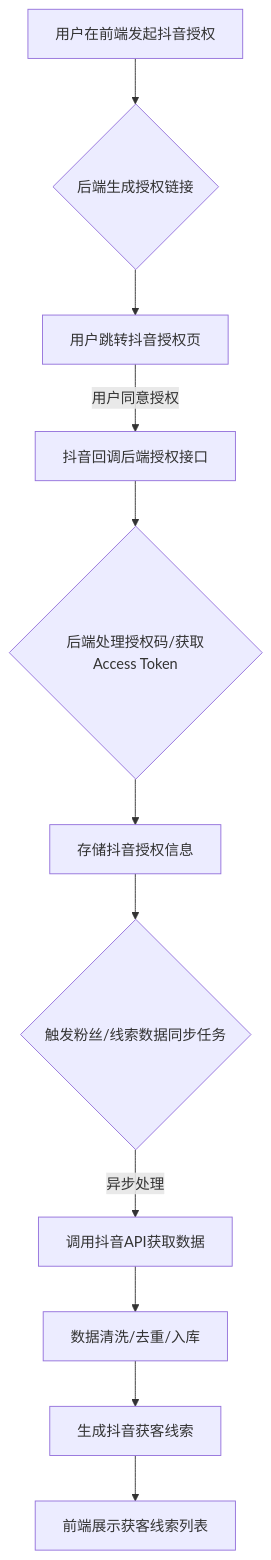
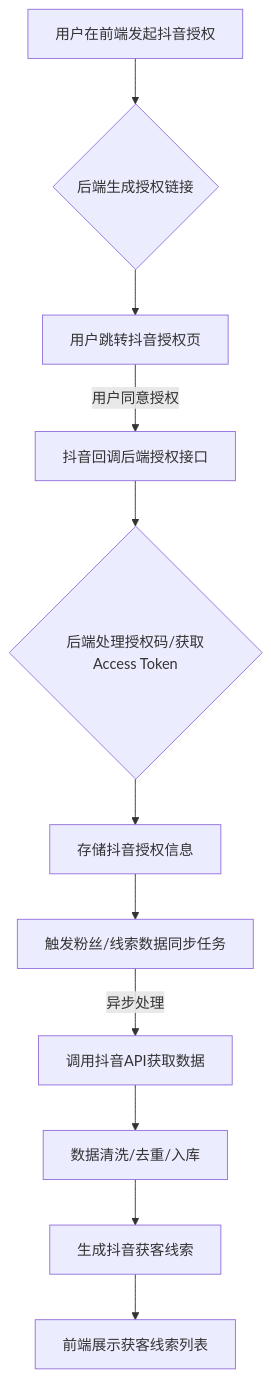
One commit to fnvtk/cunkebao_doc changed the diagram in 5、后端/后端-场景获客-抖音获客功能开发文档.md. Above: the diagram before and after it, drawn with Mermaid. The commit also changed 10 other files, not shown here.

````diff
--- a/5、后端/后端-场景获客-抖音获客功能开发文档.md
+++ b/5、后端/后端-场景获客-抖音获客功能开发文档.md
@@ -9,13 +9,13 @@
 ```mermaid
 graph TD
     A[用户在前端发起抖音授权] --> B{后端生成授权链接};
     B --> C[用户跳转抖音授权页];
-    C -- 用户同意授权 --> D[抖音回调后端授权接口];
-    D --> E{后端处理授权码/获取Access Token};
+    C -- "用户同意授权" --> D[抖音回调后端授权接口];
+    D --> E{"后端处理授权码/获取Access Token"};
     E --> F[存储抖音授权信息];
-    F --> G{触发粉丝/线索数据同步任务};
-    G -- 异步处理 --> H[调用抖音API获取数据];
-    H --> I[数据清洗/去重/入库];
+    F --> G[触发粉丝/线索数据同步任务];
+    G -- "异步处理" --> H[调用抖音API获取数据];
+    H --> I["数据清洗/去重/入库"];
     I --> J[生成抖音获客线索];
     J --> K[前端展示获客线索列表];
 ```
````
